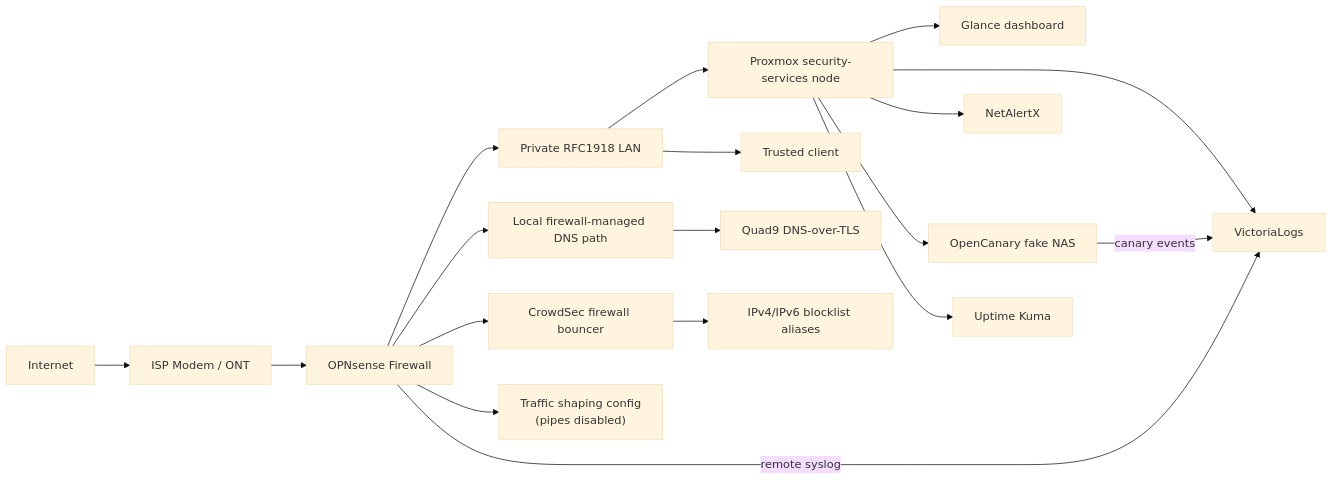
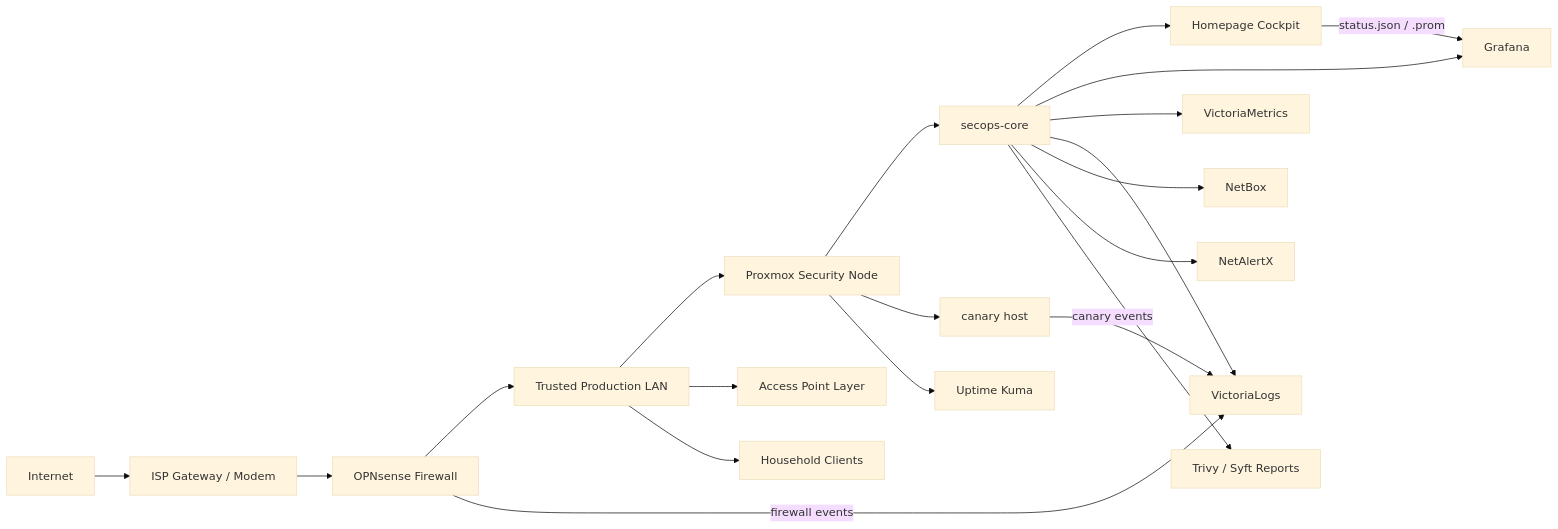
One commit to srkyn/home-network-security changed the diagram in README.md. Above: the diagram before and after it, drawn with Mermaid (base theme). The commit also changed other lines of this file and 13 other files, not shown here.

````diff
--- a/README.md
+++ b/README.md
@@ -39,21 +35,25 @@
 ```mermaid
 flowchart LR
-    Internet["Internet"] --> Modem["ISP Modem / ONT"]
-    Modem --> Firewall["OPNsense Firewall"]
-    Firewall --> LAN["Private RFC1918 LAN"]
-    Firewall --> DNS["Local firewall-managed DNS path"]
-    Firewall --> CrowdSec["CrowdSec firewall bouncer"]
-    Firewall --> Shaper["Traffic shaping config<br/>(pipes disabled)"]
-    LAN --> Proxmox["Proxmox security-services node"]
-    Proxmox --> Dashboard["Glance dashboard"]
-    Proxmox --> Logs["VictoriaLogs"]
-    Proxmox --> Discovery["NetAlertX"]
-    Proxmox --> Canary["OpenCanary fake NAS"]
+    Internet["Internet"] --> Gateway["ISP Gateway / Modem"]
+    Gateway --> Firewall["OPNsense Firewall"]
+    Firewall --> LAN["Trusted Production LAN"]
+    LAN --> Proxmox["Proxmox Security Node"]
+    LAN --> AP["Access Point Layer"]
+    LAN --> Clients["Household Clients"]
+
+    Proxmox --> Core["secops-core"]
+    Proxmox --> Canary["canary host"]
     Proxmox --> Kuma["Uptime Kuma"]
 
-    LAN --> ClientHost["Trusted client"]
-    DNS --> Quad9["Quad9 DNS-over-TLS"]
-    CrowdSec --> Blocklists["IPv4/IPv6 blocklist aliases"]
-    Firewall -- "remote syslog" --> Logs
+    Core --> Homepage["Homepage Cockpit"]
+    Core --> Grafana["Grafana"]
+    Core --> Metrics["VictoriaMetrics"]
+    Core --> Logs["VictoriaLogs"]
+    Core --> NetBox["NetBox"]
+    Core --> Discovery["NetAlertX"]
+    Core --> Reports["Trivy / Syft Reports"]
+
+    Firewall -- "firewall events" --> Logs
     Canary -- "canary events" --> Logs
+    Homepage -- "status.json / .prom" --> Grafana
 ```
````
